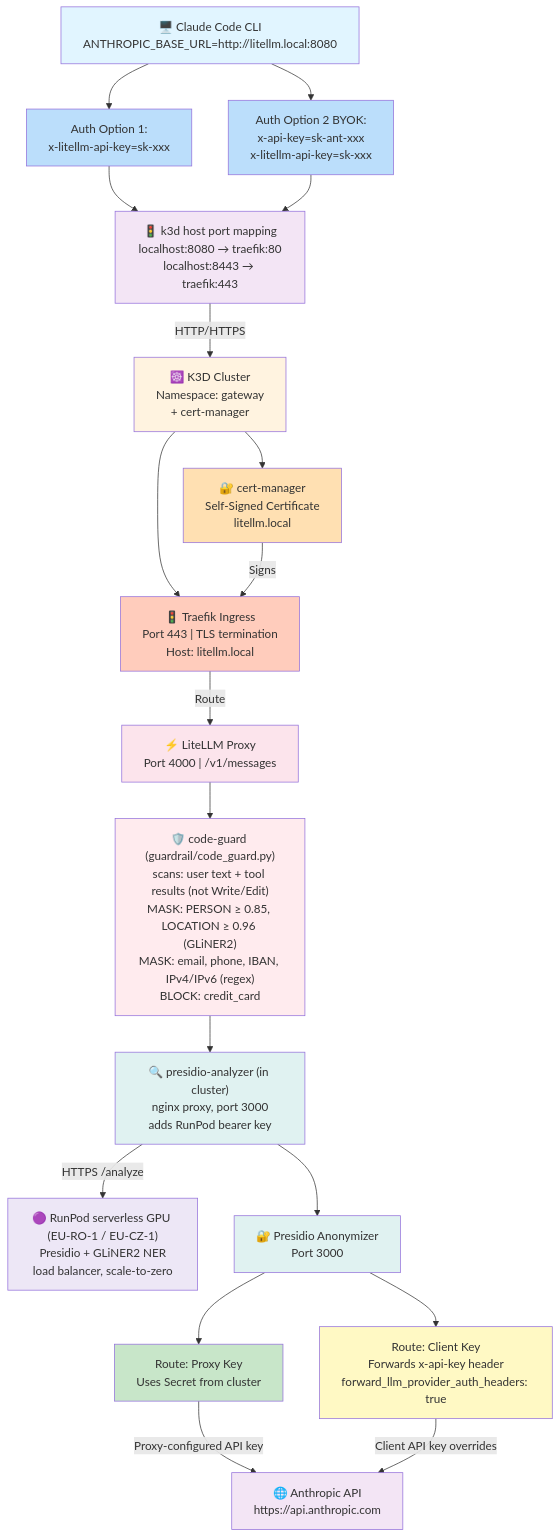
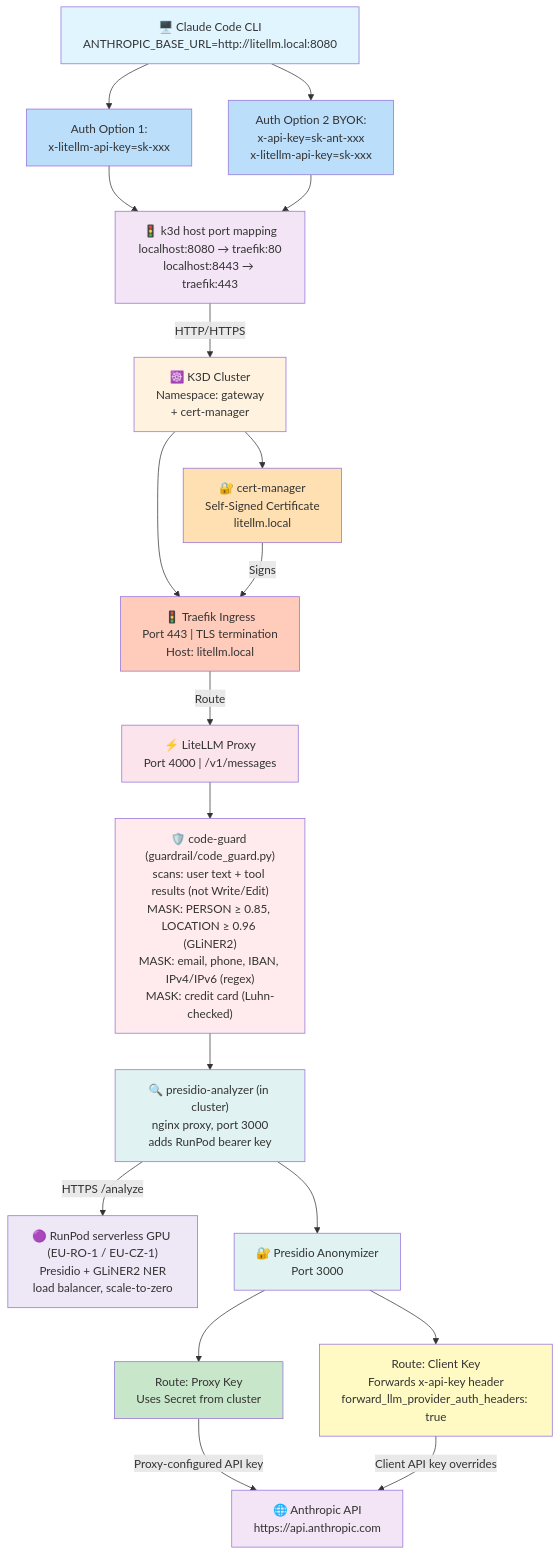
Before and after one commit to bricelalu/claude-code-pii-guardian: the diagram in README.md, drawn with Mermaid. The commit also changed other lines of this file and 10 other files, not shown here.

First line of the commit message:
feat: mask credit cards instead of blocking; gateway test scenarios and benchmark research

````diff
--- a/README.md
+++ b/README.md
@@ -138,67 +138,67 @@
 ```mermaid
 graph TD
     CLI["🖥️ Claude Code CLI<br/>ANTHROPIC_BASE_URL=http://litellm.local:8080"]
     
     CLI1["Auth Option 1:<br/>x-litellm-api-key=sk-xxx"]
     CLI2["Auth Option 2 BYOK:<br/>x-api-key=sk-ant-xxx<br/>x-litellm-api-key=sk-xxx"]
     
     PF["🚦 k3d host port mapping<br/>localhost:8080 → traefik:80<br/>localhost:8443 → traefik:443"]
     
     K3D["☸️ K3D Cluster<br/>Namespace: gateway<br/>+ cert-manager"]
     
     CERT["🔐 cert-manager<br/>Self-Signed Certificate<br/>litellm.local"]
     
     TRAEFIK["🚦 Traefik Ingress<br/>Port 443 | TLS termination<br/>Host: litellm.local"]
     
     LLM["⚡ LiteLLM Proxy<br/>Port 4000 | /v1/messages"]
     
-    PRE["🛡️ code-guard (guardrail/code_guard.py)<br/>scans: user text + tool results (not Write/Edit)<br/>MASK: PERSON ≥ 0.85, LOCATION ≥ 0.96 (GLiNER2)<br/>MASK: email, phone, IBAN, IPv4/IPv6 (regex)<br/>BLOCK: credit_card"]
+    PRE["🛡️ code-guard (guardrail/code_guard.py)<br/>scans: user text + tool results (not Write/Edit)<br/>MASK: PERSON ≥ 0.85, LOCATION ≥ 0.96 (GLiNER2)<br/>MASK: email, phone, IBAN, IPv4/IPv6 (regex)<br/>MASK: credit card (Luhn-checked)"]
     
     ANALYZER["🔍 presidio-analyzer (in cluster)<br/>nginx proxy, port 3000<br/>adds RunPod bearer key"]
     
     RUNPOD["🟣 RunPod serverless GPU (EU-RO-1 / EU-CZ-1)<br/>Presidio + GLiNER2 NER<br/>load balancer, scale-to-zero"]
     
     ANON["🔐 Presidio Anonymizer<br/>Port 3000"]
     
     ROUTE1["Route: Proxy Key<br/>Uses Secret from cluster"]
     ROUTE2["Route: Client Key<br/>Forwards x-api-key header<br/>forward_llm_provider_auth_headers: true"]
     
     ANTHROPIC["🌐 Anthropic API<br/>https://api.anthropic.com"]
     
     CLI --> CLI1
     CLI --> CLI2
     CLI1 --> PF
     CLI2 --> PF
     PF -->|HTTP/HTTPS| K3D
     K3D --> CERT
     K3D --> TRAEFIK
     CERT -->|Signs| TRAEFIK
     TRAEFIK -->|Route| LLM
     
     LLM --> PRE
     PRE --> ANALYZER
     ANALYZER -->|HTTPS /analyze| RUNPOD
     ANALYZER --> ANON
     
     ANON --> ROUTE1
     ANON --> ROUTE2
     
     ROUTE1 -->|Proxy-configured API key| ANTHROPIC
     ROUTE2 -->|Client API key overrides| ANTHROPIC
     
     style CLI fill:#e1f5ff
     style CLI1 fill:#bbdefb
     style CLI2 fill:#bbdefb
     style PF fill:#f3e5f5
     style K3D fill:#fff3e0
     style CERT fill:#ffe0b2
     style TRAEFIK fill:#ffccbc
     style LLM fill:#fce4ec
     style PRE fill:#ffebee
     style ANALYZER fill:#e0f2f1
     style RUNPOD fill:#ede7f6
     style ANON fill:#e0f2f1
     style ROUTE1 fill:#c8e6c9
     style ROUTE2 fill:#fff9c4
     style ANTHROPIC fill:#f3e5f5
 ```
````
